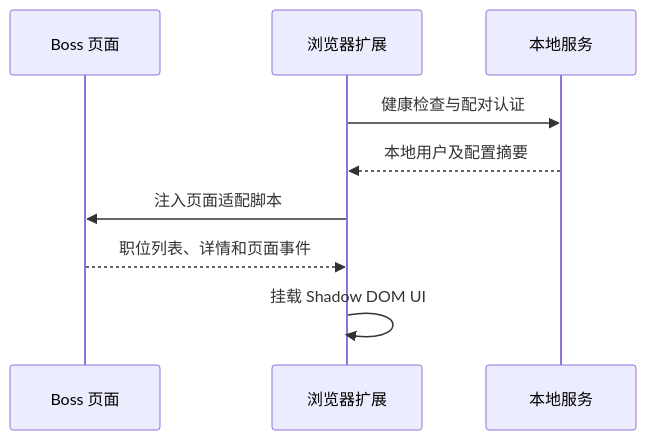
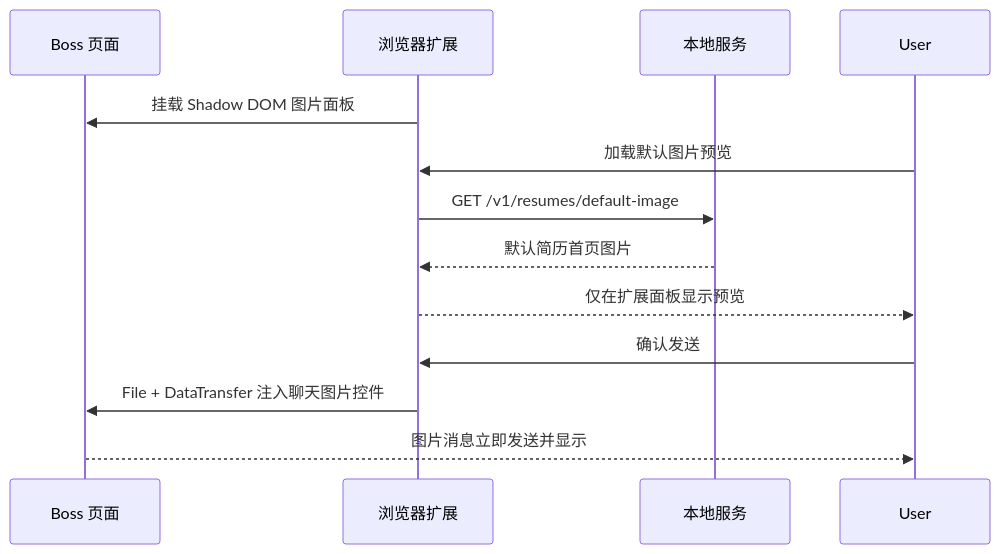
One commit to a764506248/Job-Search-Assistant changed the second of 5 diagrams in docs/ARCHITECTURE.md. Above: the diagram before and after it, drawn with Mermaid. The commit also changed other lines of this file and 14 other files, not shown here.

````diff
--- a/docs/ARCHITECTURE.md
+++ b/docs/ARCHITECTURE.md
@@ -109,12 +117,15 @@
 ```mermaid
 sequenceDiagram
     participant Page as Boss 页面
     participant Ext as 浏览器扩展
     participant Local as 本地服务
 
-    Ext->>Local: 健康检查与配对认证
-    Local-->>Ext: 本地用户及配置摘要
-    Ext->>Page: 注入页面适配脚本
-    Page-->>Ext: 职位列表、详情和页面事件
-    Ext->>Ext: 挂载 Shadow DOM UI
+    Ext->>Page: 挂载 Shadow DOM 图片面板
+    User->>Ext: 加载默认图片预览
+    Ext->>Local: GET /v1/resumes/default-image
+    Local-->>Ext: 默认简历首页图片
+    Ext-->>User: 仅在扩展面板显示预览
+    User->>Ext: 确认发送
+    Ext->>Page: File + DataTransfer 注入聊天图片控件
+    Page-->>User: 图片消息立即发送并显示
 ```
````
